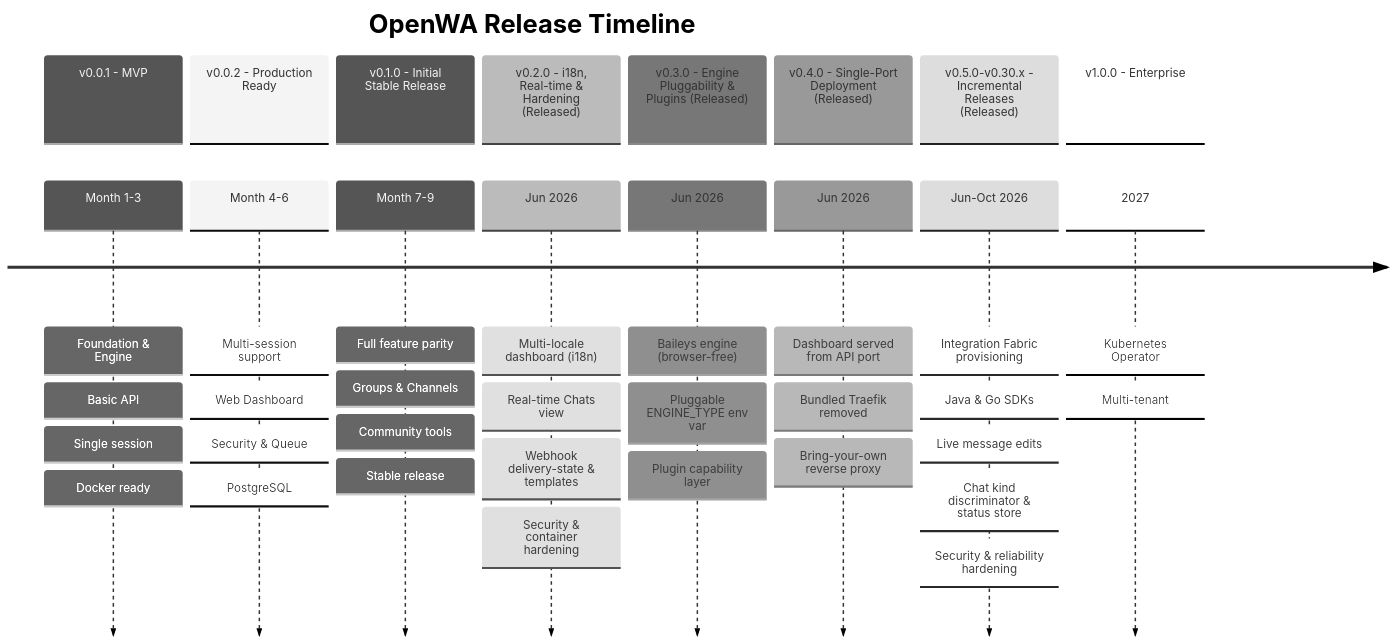
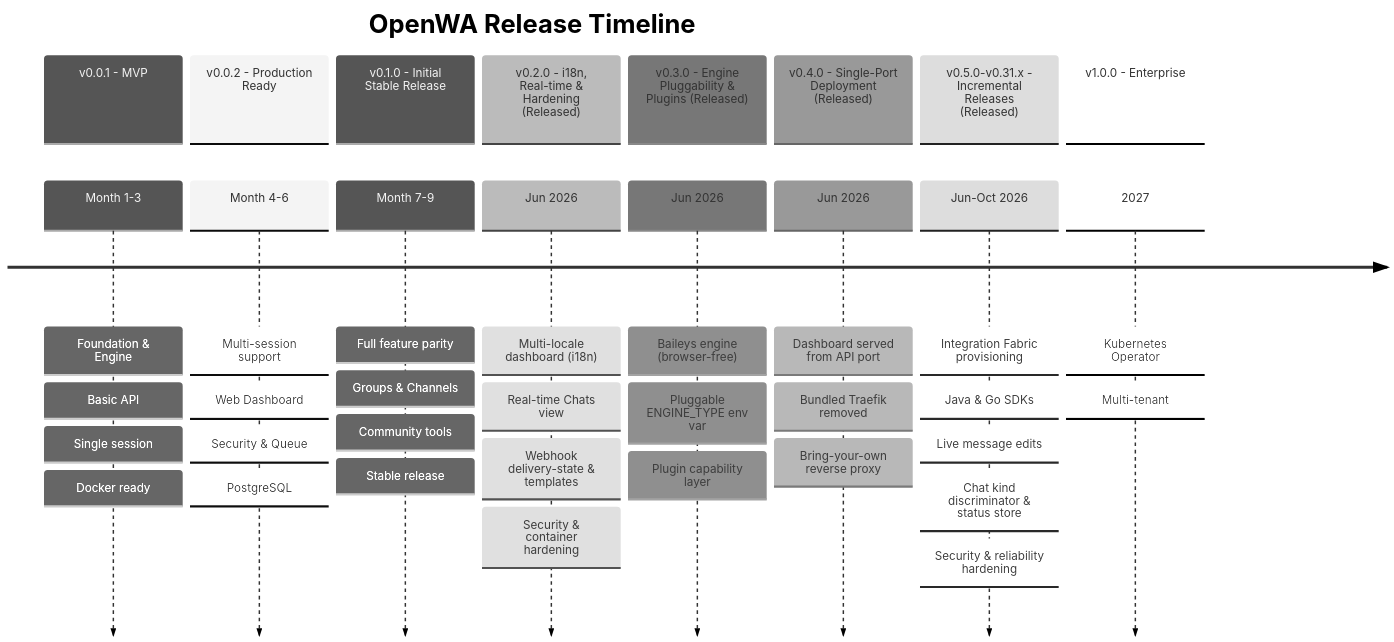
The first of 7 diagrams in docs/15-project-roadmap.md (rmyndharis/OpenWA), drawn with Mermaid (neutral theme) before and after one commit. The commit also changed other lines of this file and 6 other files, not shown here.

````diff
--- a/docs/15-project-roadmap.md
+++ b/docs/15-project-roadmap.md
@@ -5,49 +5,49 @@
 ```mermaid
 timeline
     title OpenWA Release Timeline
 
     section v0.0.1 - MVP
         Month 1-3 : Foundation & Engine
                   : Basic API
                   : Single session
                   : Docker ready
 
     section v0.0.2 - Production Ready
         Month 4-6 : Multi-session support
                   : Web Dashboard
                   : Security & Queue
                   : PostgreSQL
 
     section v0.1.0 - Initial Stable Release
         Month 7-9 : Full feature parity
                   : Groups & Channels
                   : Community tools
                   : Stable release
 
     section v0.2.0 - i18n, Real-time & Hardening (Released)
         Jun 2026 : Multi-locale dashboard (i18n)
                  : Real-time Chats view
                  : Webhook delivery-state & templates
                  : Security & container hardening
 
     section v0.3.0 - Engine Pluggability & Plugins (Released)
         Jun 2026 : Baileys engine (browser-free)
                  : Pluggable ENGINE_TYPE env var
                  : Plugin capability layer
 
     section v0.4.0 - Single-Port Deployment (Released)
         Jun 2026 : Dashboard served from API port
                  : Bundled Traefik removed
                  : Bring-your-own reverse proxy
 
-    section v0.5.0-v0.30.x - Incremental Releases (Released)
+    section v0.5.0-v0.31.x - Incremental Releases (Released)
         Jun-Oct 2026 : Integration Fabric provisioning
                      : Java & Go SDKs
                      : Live message edits
                      : Chat kind discriminator & status store
                      : Security & reliability hardening
 
     section v1.0.0 - Enterprise
         2027 : Kubernetes Operator
              : Multi-tenant
 ```
````
